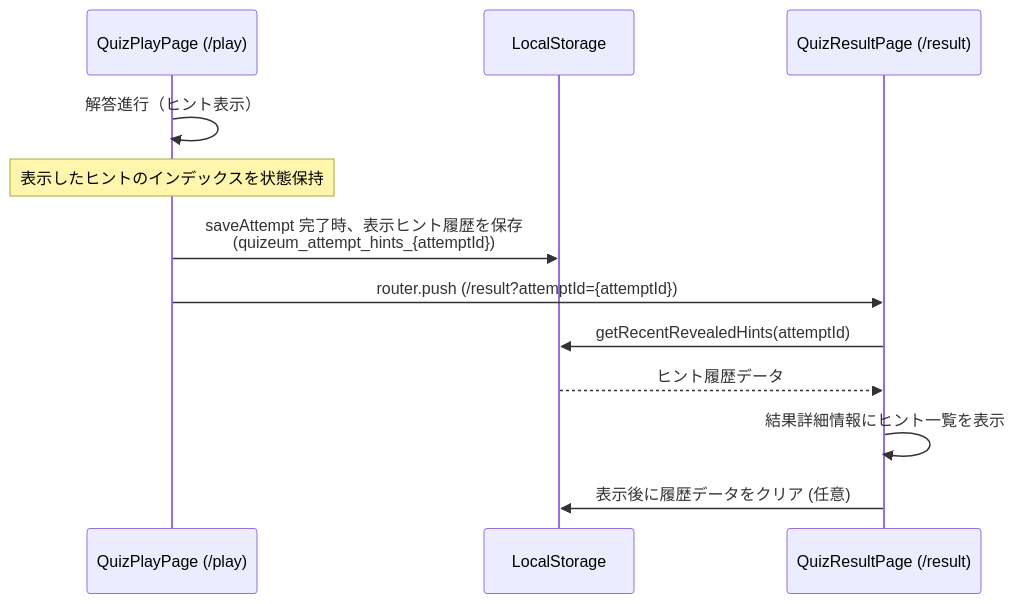
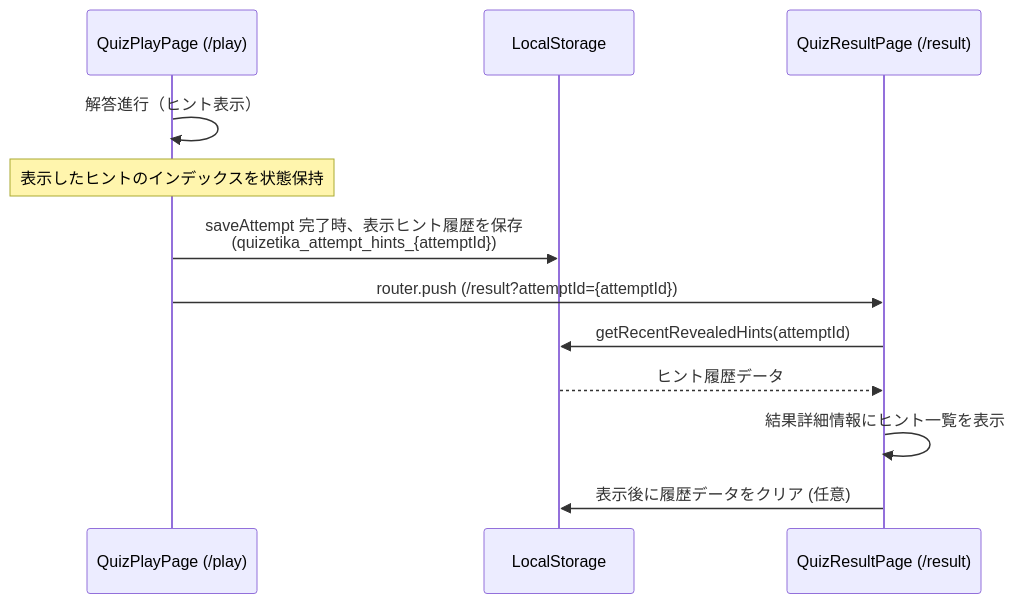
Before and after one commit to npressoworks/quizetika: the tenth of 21 diagrams in .kiro/specs/quizeum-play-flow-ui/design.md, drawn with Mermaid. The commit also changed other lines of this file and 207 other files, not shown here.

````diff
--- a/.kiro/specs/quizeum-play-flow-ui/design.md
+++ b/.kiro/specs/quizeum-play-flow-ui/design.md
@@ -608,15 +608,15 @@
 ```mermaid
 sequenceDiagram
     participant Play as QuizPlayPage (/play)
     participant Local as LocalStorage
     participant Result as QuizResultPage (/result)
 
     Play->>Play: 解答進行（ヒント表示）
     Note over Play: 表示したヒントのインデックスを状態保持
-    Play->>Local: saveAttempt 完了時、表示ヒント履歴を保存<br/>(quizeum_attempt_hints_{attemptId})
+    Play->>Local: saveAttempt 完了時、表示ヒント履歴を保存<br/>(quizetika_attempt_hints_{attemptId})
     Play->>Result: router.push (/result?attemptId={attemptId})
     Result->>Local: getRecentRevealedHints(attemptId)
     Local-->>Result: ヒント履歴データ
     Result->>Result: 結果詳細情報にヒント一覧を表示
     Result->>Local: 表示後に履歴データをクリア (任意)
 ```
````
